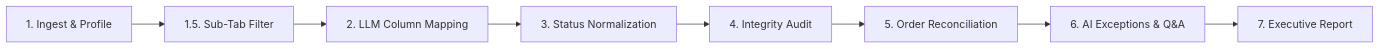
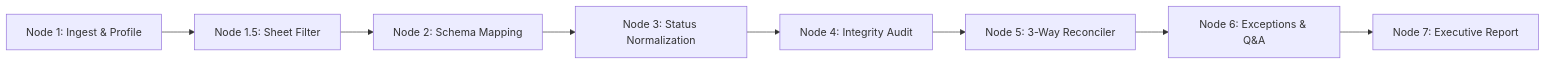
One commit to hateem72/reconup-v1 changed the second of 2 diagrams in README.md. Above: the diagram before and after it, drawn with Mermaid. The commit also changed other lines of this file, not shown here.

Commit message:
docs: restructure README.md with crystal-clear problem statement, SQLite, Redis, swappable LLM, and pipeline architecture

````diff
--- a/README.md
+++ b/README.md
@@ -148,10 +185,10 @@
 ```mermaid
 graph LR
-    Step1[1. Ingest & Profile] --> Step2[1.5. Sub-Tab Filter]
-    Step2 --> Step3[2. LLM Column Mapping]
-    Step3 --> Step4[3. Status Normalization]
-    Step4 --> Step5[4. Integrity Audit]
-    Step5 --> Step6[5. Order Reconciliation]
-    Step6 --> Step7[6. AI Exceptions & Q&A]
-    Step7 --> Step8[7. Executive Report]
+    N1[Node 1: Ingest & Profile] --> N15[Node 1.5: Sheet Filter]
+    N15 --> N2[Node 2: Schema Mapping]
+    N2 --> N3[Node 3: Status Normalization]
+    N3 --> N4[Node 4: Integrity Audit]
+    N4 --> N5[Node 5: 3-Way Reconciler]
+    N5 --> N6[Node 6: Exceptions & Q&A]
+    N6 --> N7[Node 7: Executive Report]
 ```
````
